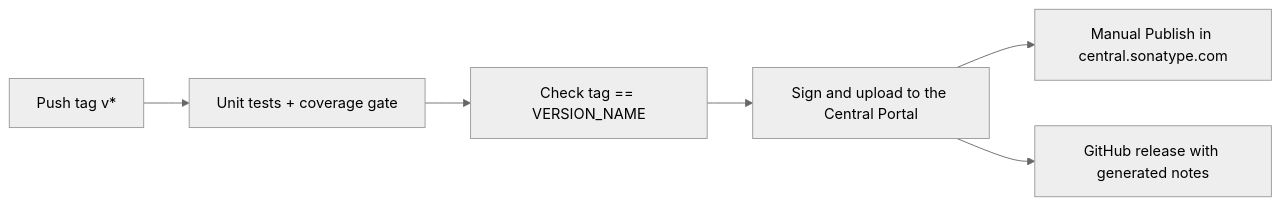
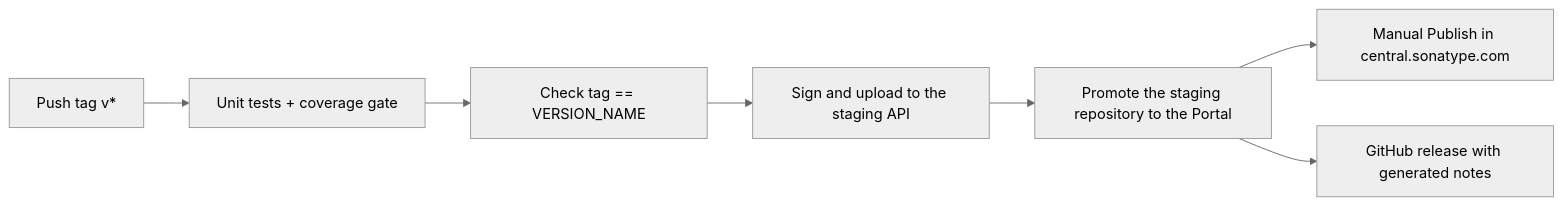
Before and after one commit to DEV1-Softworks/openpay-android: the second of 2 diagrams in docs/en/ci.md, drawn with Mermaid (neutral theme). The commit also changed other lines of this file and 4 other files, not shown here.

First line of the commit message:
fix: promote the staging repository to the Central Portal during CD

````diff
--- a/docs/en/ci.md
+++ b/docs/en/ci.md
@@ -54,8 +54,9 @@
 ```mermaid
 flowchart LR
     A[Push tag v*] --> B[Unit tests + coverage gate]
     B --> C[Check tag == VERSION_NAME]
-    C --> D[Sign and upload to the Central Portal]
-    D --> E[Manual Publish in central.sonatype.com]
-    D --> F[GitHub release with generated notes]
+    C --> D[Sign and upload to the staging API]
+    D --> E[Promote the staging repository to the Portal]
+    E --> F[Manual Publish in central.sonatype.com]
+    E --> G[GitHub release with generated notes]
 ```
````
